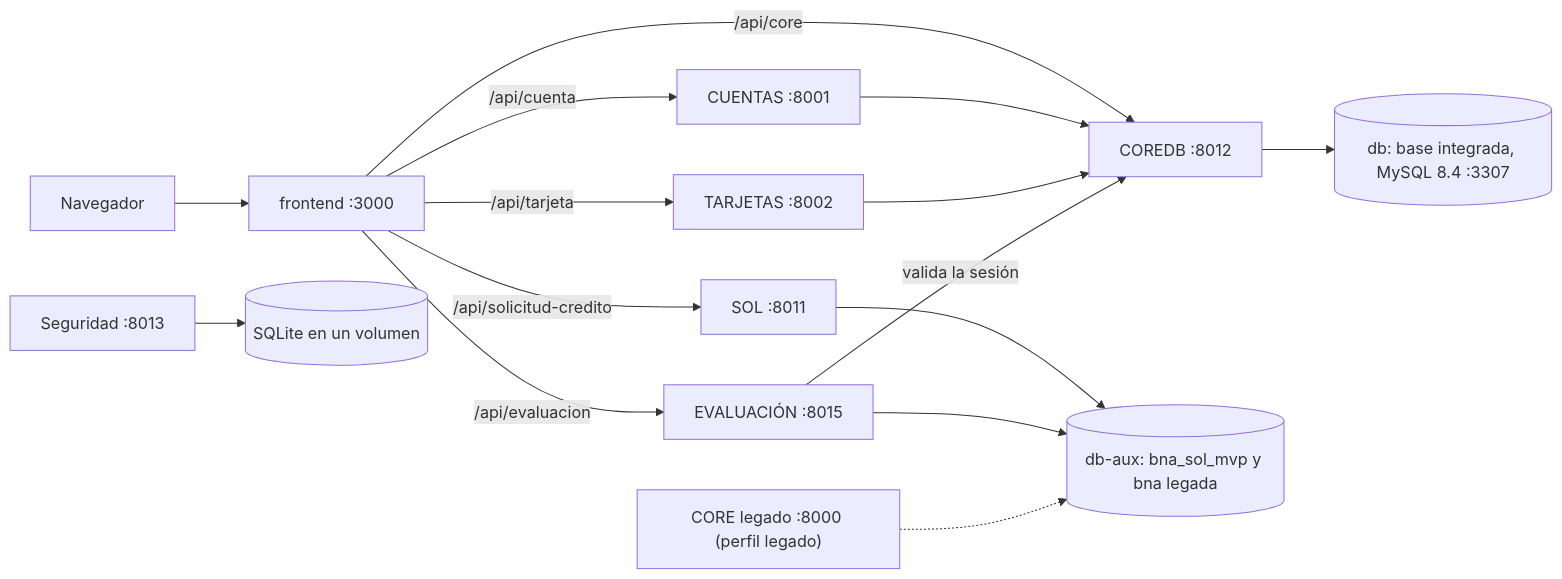
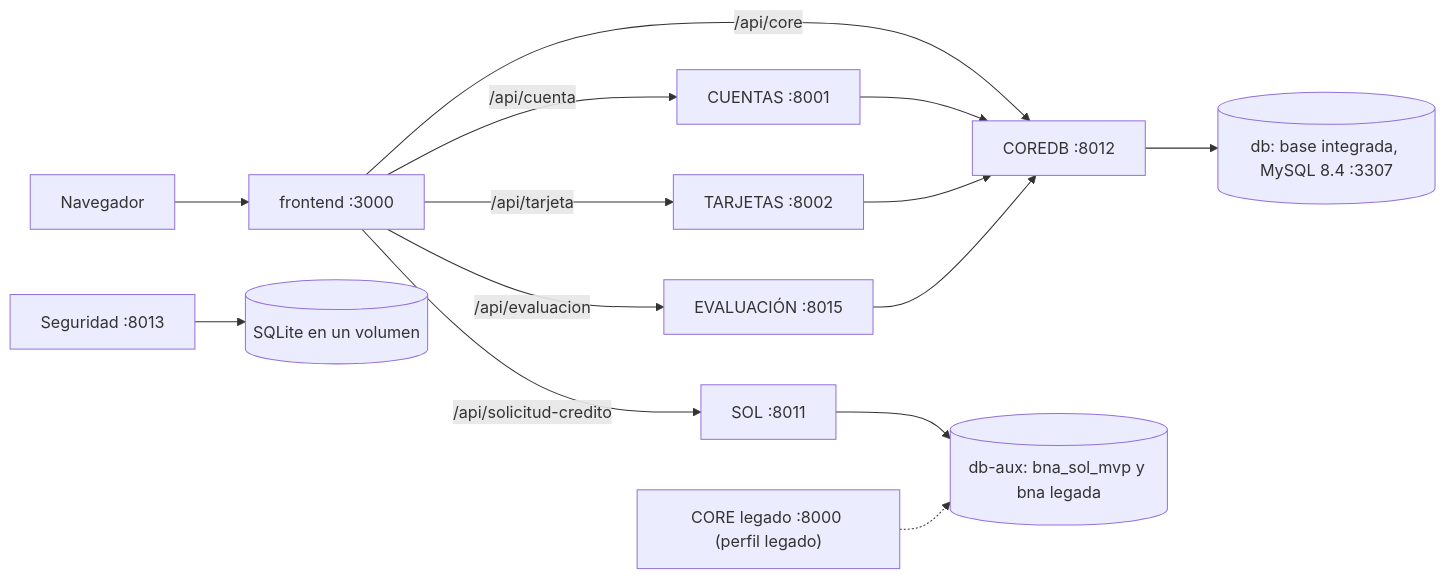
The diagram in README.md (SantiagoCusirramos/Banco_Nacional_Arequipa), drawn with Mermaid before and after one commit. The commit also changed other lines of this file and 10 other files, not shown here.

First line of the commit message:
Deploy Evaluación in Kubernetes and add it to the end-to-end flow

````diff
--- a/README.md
+++ b/README.md
@@ -43,17 +43,16 @@
 ```mermaid
 flowchart LR
   nav["Navegador"] --> fe["frontend :3000"]
   fe -->|"/api/core"| coredb["COREDB :8012"]
   fe -->|"/api/cuenta"| cta["CUENTAS :8001"]
   fe -->|"/api/tarjeta"| tar["TARJETAS :8002"]
   fe -->|"/api/solicitud-credito"| sol["SOL :8011"]
   fe -->|"/api/evaluacion"| eva["EVALUACIÓN :8015"]
   cta --> coredb
   tar --> coredb
   coredb --> db[("db: base integrada, MySQL 8.4 :3307")]
   sol --> aux[("db-aux: bna_sol_mvp y bna legada")]
-  eva -->|"valida la sesión"| coredb
-  eva --> aux
+  eva --> coredb
   seg["Seguridad :8013"] --> sq[("SQLite en un volumen")]
   leg["CORE legado :8000 (perfil legado)"] -.-> aux
 ```
````
